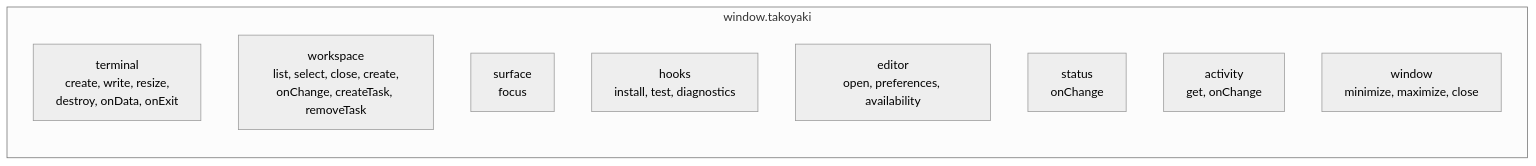
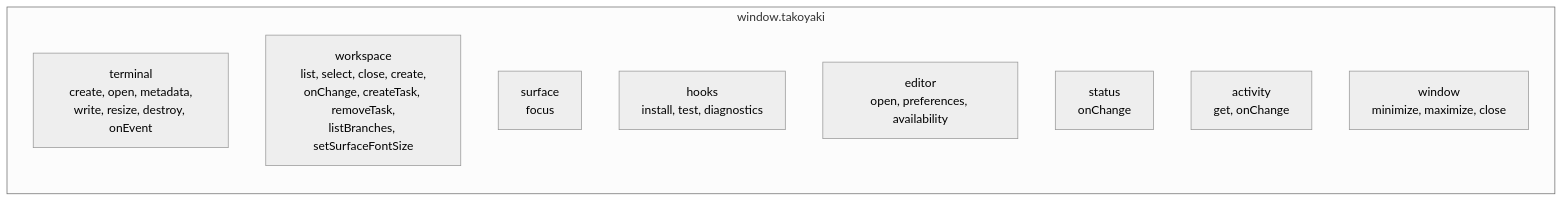
The eighth of 11 diagrams in docs/ARCHITECTURE.md (adikuma/takoyaki), drawn with Mermaid (neutral theme) before and after one commit. The commit also changed other lines of this file and 7 other files, not shown here.

````diff
--- a/docs/ARCHITECTURE.md
+++ b/docs/ARCHITECTURE.md
@@ -151,13 +154,13 @@
 ```mermaid
 graph LR
     subgraph window.takoyaki
-        terminal["terminal<br/>create, write, resize,<br/>destroy, onData, onExit"]
-        workspace["workspace<br/>list, select, close, create,<br/>onChange, createTask, removeTask"]
+        terminal["terminal<br/>create, open, metadata,<br/>write, resize, destroy, onEvent"]
+        workspace["workspace<br/>list, select, close, create,<br/>onChange, createTask, removeTask,<br/>listBranches, setSurfaceFontSize"]
         surface["surface<br/>focus"]
         hooks["hooks<br/>install, test, diagnostics"]
         editor["editor<br/>open, preferences, availability"]
         status["status<br/>onChange"]
         activity["activity<br/>get, onChange"]
         window["window<br/>minimize, maximize, close"]
     end
 ```
````
